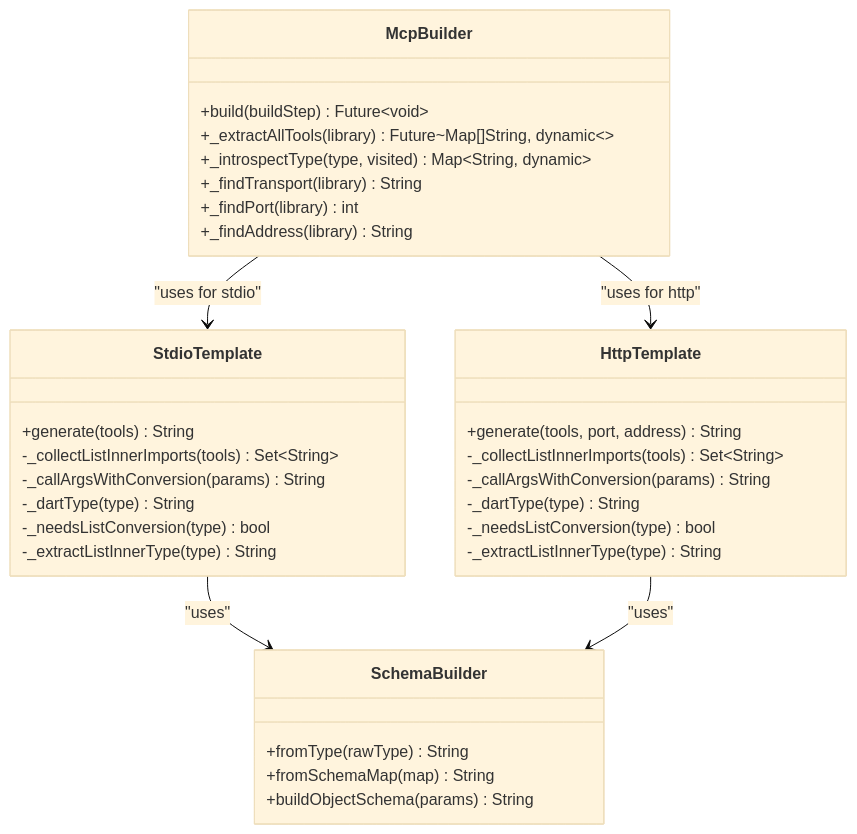
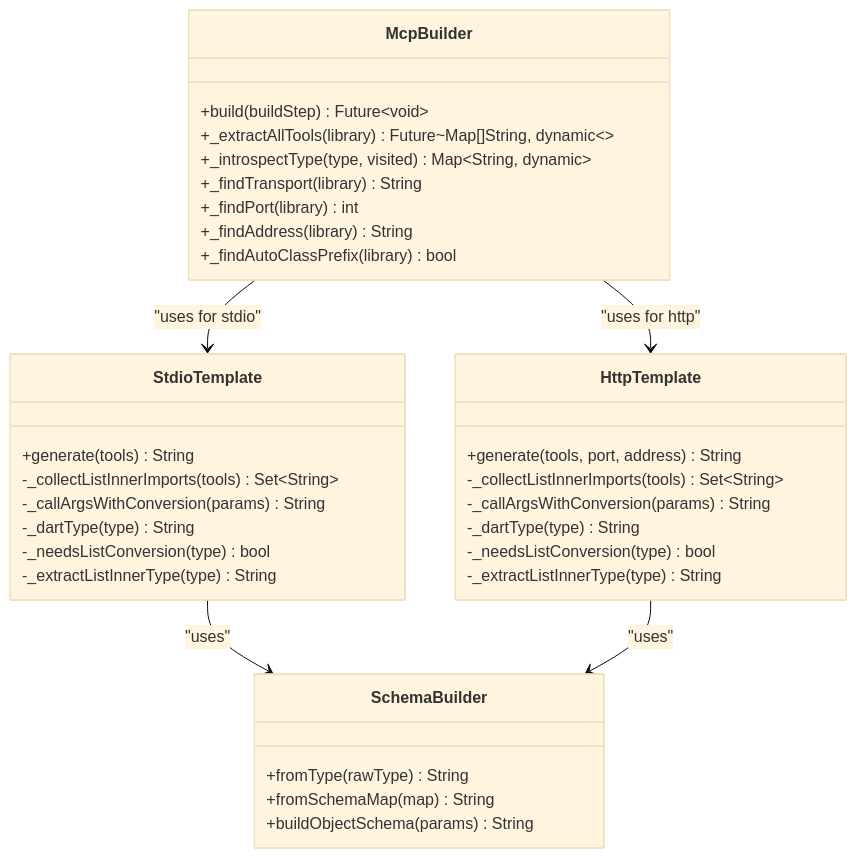
One commit to cdavis-code/easy_mcp_workspace changed the fourth of 7 diagrams in .qoder/repowiki/en/content/Code Generation Engine/Code Generation Engine.md. Above: the diagram before and after it, drawn with Mermaid (base theme). The commit also changed other lines of this file and 3 other files, not shown here.

````diff
--- a/.qoder/repowiki/en/content/Code Generation Engine/Code Generation Engine.md
+++ b/.qoder/repowiki/en/content/Code Generation Engine/Code Generation Engine.md
@@ -244,36 +252,37 @@
 ```mermaid
 classDiagram
 class McpBuilder {
 +build(buildStep) Future~void~
 +_extractAllTools(library) Future~Map[]String, dynamic~~
 +_introspectType(type, visited) Map~String, dynamic~
 +_findTransport(library) String
 +_findPort(library) int
 +_findAddress(library) String
++_findAutoClassPrefix(library) bool
 }
 class StdioTemplate {
 +generate(tools) String
 -_collectListInnerImports(tools) Set~String~
 -_callArgsWithConversion(params) String
 -_dartType(type) String
 -_needsListConversion(type) bool
 -_extractListInnerType(type) String
 }
 class HttpTemplate {
 +generate(tools, port, address) String
 -_collectListInnerImports(tools) Set~String~
 -_callArgsWithConversion(params) String
 -_dartType(type) String
 -_needsListConversion(type) bool
 -_extractListInnerType(type) String
 }
 class SchemaBuilder {
 +fromType(rawType) String
 +fromSchemaMap(map) String
 +buildObjectSchema(params) String
 }
 McpBuilder --> StdioTemplate : "uses for stdio"
 McpBuilder --> HttpTemplate : "uses for http"
 StdioTemplate --> SchemaBuilder : "uses"
 HttpTemplate --> SchemaBuilder : "uses"
 ```
````
